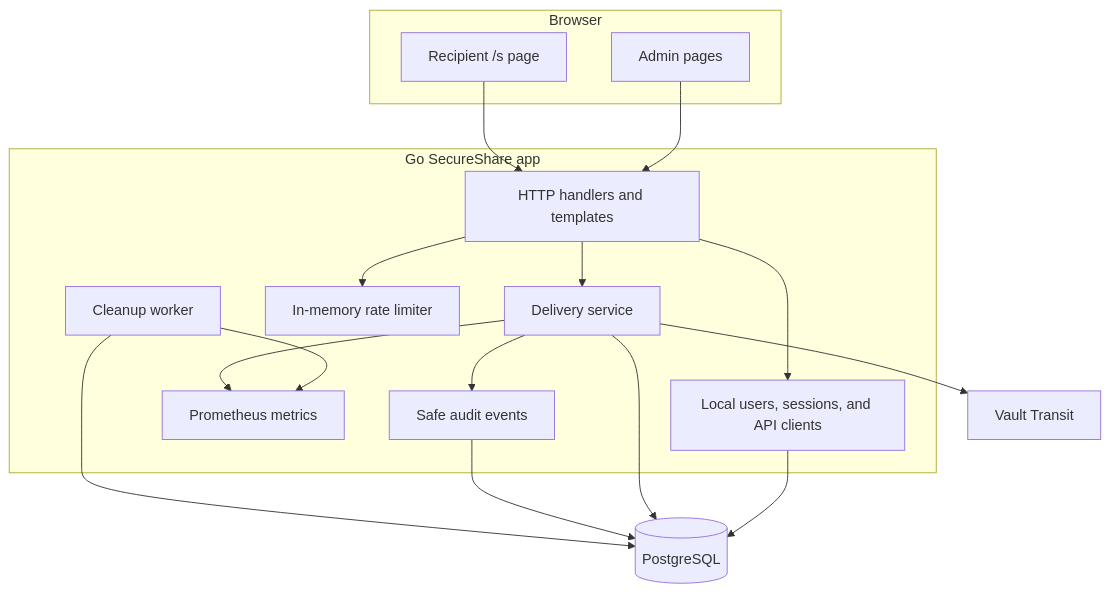
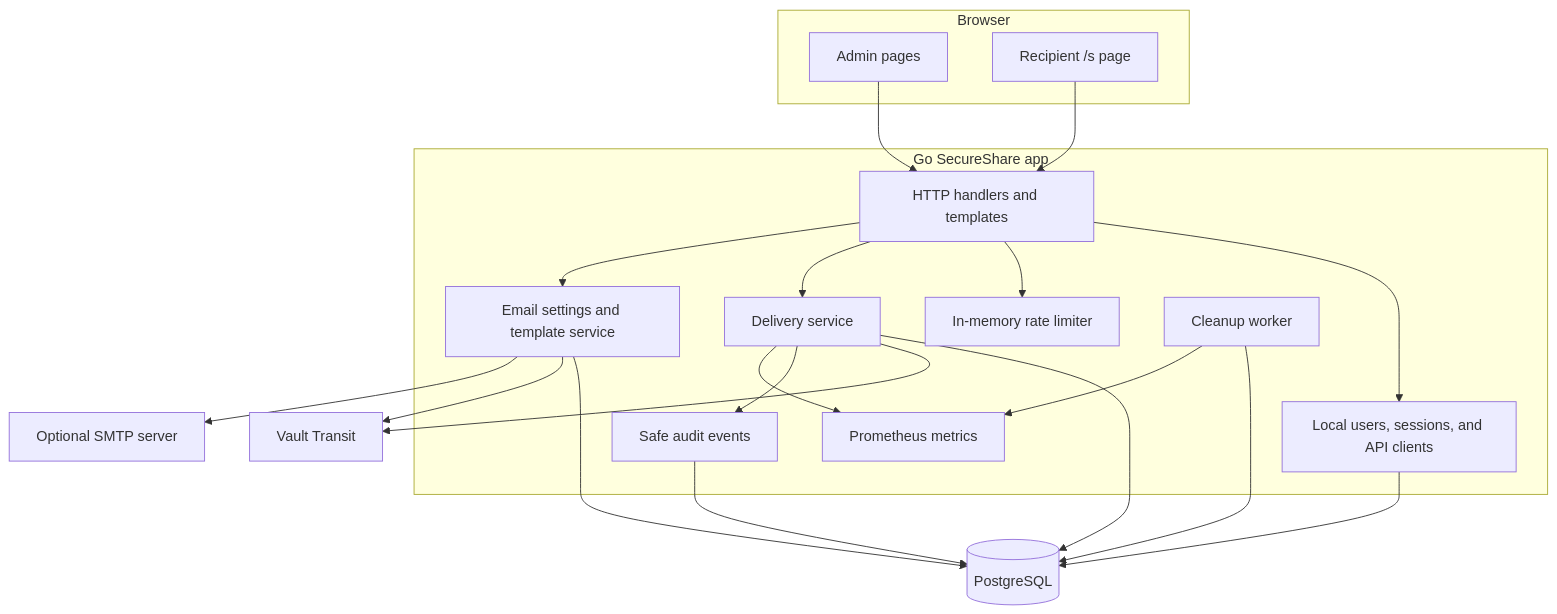
One commit to Operalith/secureshare changed the first of 4 diagrams in ARCHITECTURE.md. Above: the diagram before and after it, drawn with Mermaid. The commit also changed other lines of this file and 14 other files, not shown here.

Commit message:
docs(email): document SMTP templates and delivery workflows

````diff
--- a/ARCHITECTURE.md
+++ b/ARCHITECTURE.md
@@ -5,32 +5,38 @@
 ```mermaid
 flowchart TB
   subgraph Browser
     A["Admin pages"]
     R["Recipient /s page"]
   end
   subgraph App["Go SecureShare app"]
     H["HTTP handlers and templates"]
     ID["Local users, sessions, and API clients"]
     S["Delivery service"]
+    E["Email settings and template service"]
     L["In-memory rate limiter"]
     C["Cleanup worker"]
     M["Prometheus metrics"]
     AU["Safe audit events"]
   end
   DB[("PostgreSQL")]
   V["Vault Transit"]
+  SMTP["Optional SMTP server"]
 
   A --> H
   R --> H
   H --> ID
   H --> L
   H --> S
+  H --> E
   ID --> DB
   S --> DB
   S --> V
+  E --> DB
+  E --> V
+  E --> SMTP
   S --> AU
   AU --> DB
   C --> DB
   C --> M
   S --> M
 ```
````
